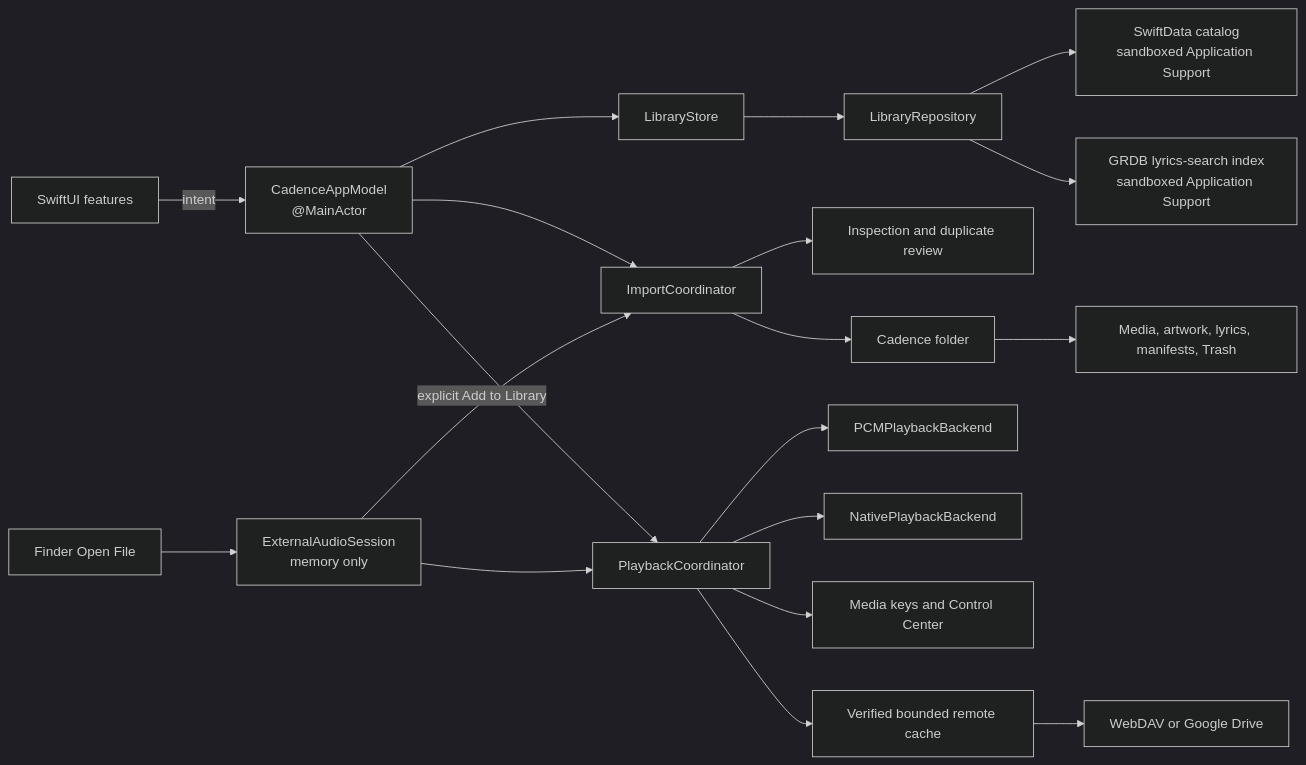
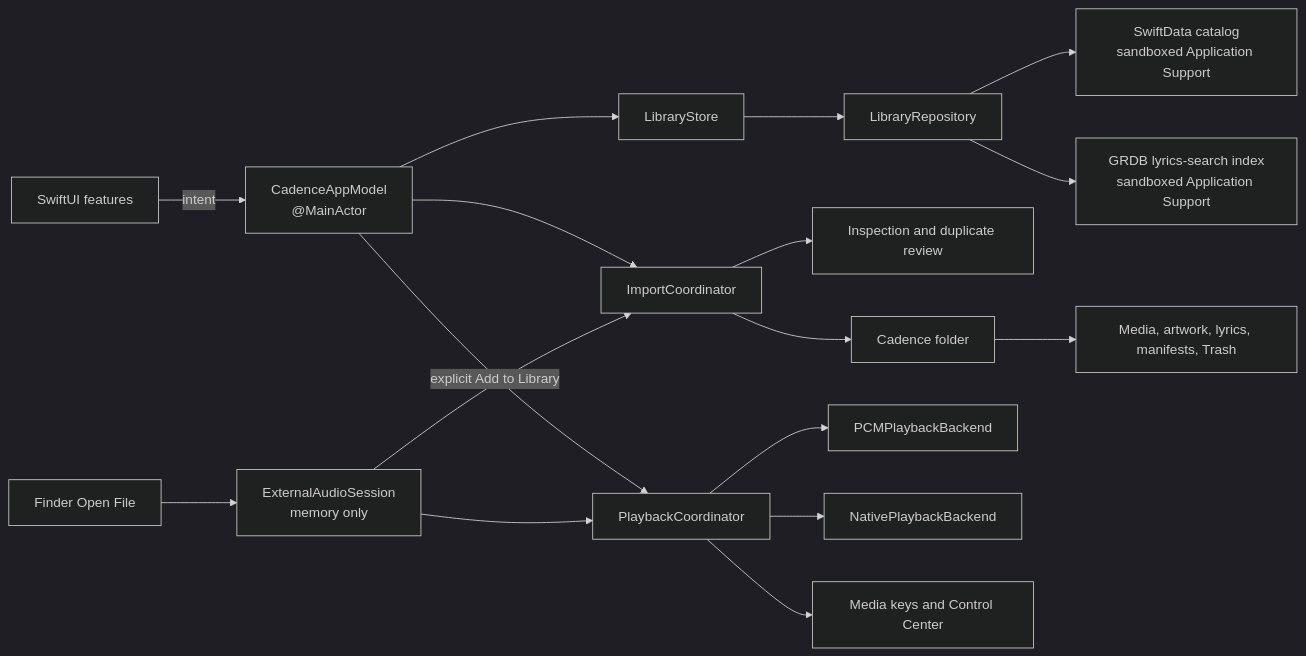
One commit to qenterra/cadence changed the diagram in docs/ARCHITECTURE.md. Above: the diagram before and after it, drawn with Mermaid (dark theme). The commit also changed other lines of this file and 90 other files, not shown here.

````diff
--- a/docs/ARCHITECTURE.md
+++ b/docs/ARCHITECTURE.md
@@ -8,21 +8,19 @@
 ```mermaid
 flowchart LR
     UI["SwiftUI features"] -->|"intent"| Model["CadenceAppModel<br/>@MainActor"]
     Model --> Store["LibraryStore"]
     Store --> Repository["LibraryRepository"]
     Repository --> SwiftData["SwiftData catalog<br/>sandboxed Application Support"]
     Repository --> Search["GRDB lyrics-search index<br/>sandboxed Application Support"]
     Model --> Import["ImportCoordinator"]
     Import --> Inspector["Inspection and duplicate review"]
     Import --> Managed["Cadence folder"]
     Model --> Playback["PlaybackCoordinator"]
     OpenFile["Finder Open File"] --> External["ExternalAudioSession<br/>memory only"]
     External --> Playback
     External -->|"explicit Add to Library"| Import
     Playback --> PCM["PCMPlaybackBackend"]
     Playback --> Native["NativePlaybackBackend"]
     Playback --> System["Media keys and Control Center"]
     Managed --> Media["Media, artwork, lyrics, manifests, Trash"]
-    Playback --> RemoteCache["Verified bounded remote cache"]
-    RemoteCache --> Providers["WebDAV or Google Drive"]
 ```
````
